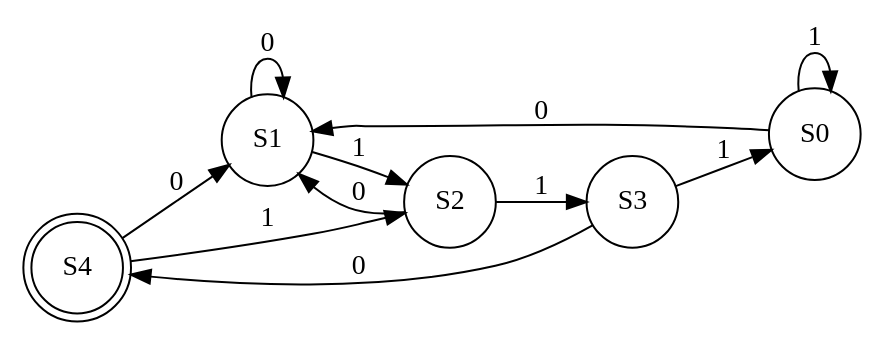
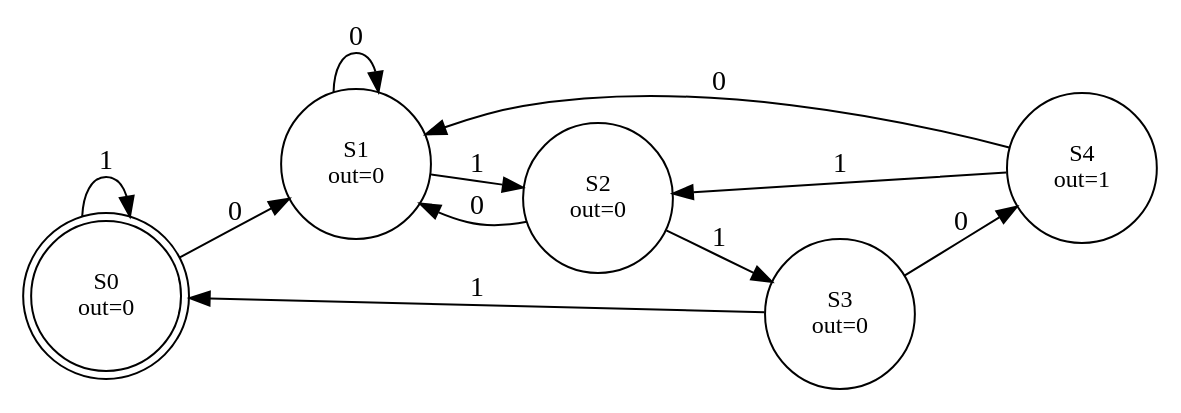
One commit to UCLA-ECEM16/assets changed the diagram in 2026-Spring/Quiz2/P2/fsm_0110.dot. Above: the diagram before and after it, drawn with Graphviz. The commit also changed 9 other files, not shown here.

```diff
--- a/2026-Spring/Quiz2/P2/fsm_0110.dot
+++ b/2026-Spring/Quiz2/P2/fsm_0110.dot
@@ -1,15 +1,19 @@
 digraph FSM {
   rankdir=LR;
-  node [shape=circle];
-  S4 [shape=doublecircle];
+  node [shape=circle fontsize=12];
+  S0 [shape=doublecircle label="S0\nout=0"];
+  S1 [shape=circle label="S1\nout=0"];
+  S2 [shape=circle label="S2\nout=0"];
+  S3 [shape=circle label="S3\nout=0"];
+  S4 [shape=circle label="S4\nout=1"];
   S0 -> S1 [label="0"];
   S0 -> S0 [label="1"];
   S1 -> S1 [label="0"];
   S1 -> S2 [label="1"];
   S2 -> S1 [label="0"];
   S2 -> S3 [label="1"];
   S3 -> S4 [label="0"];
   S3 -> S0 [label="1"];
   S4 -> S1 [label="0"];
   S4 -> S2 [label="1"];
 }
```
